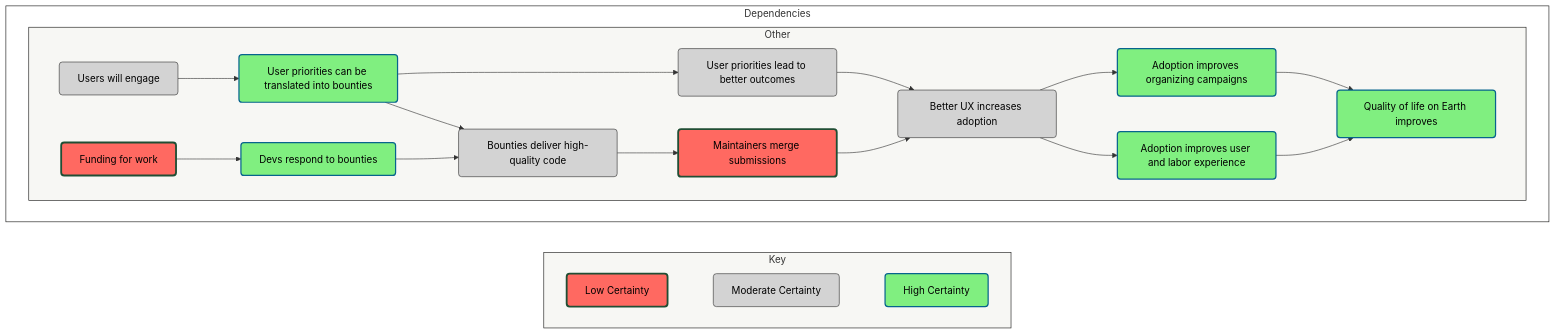
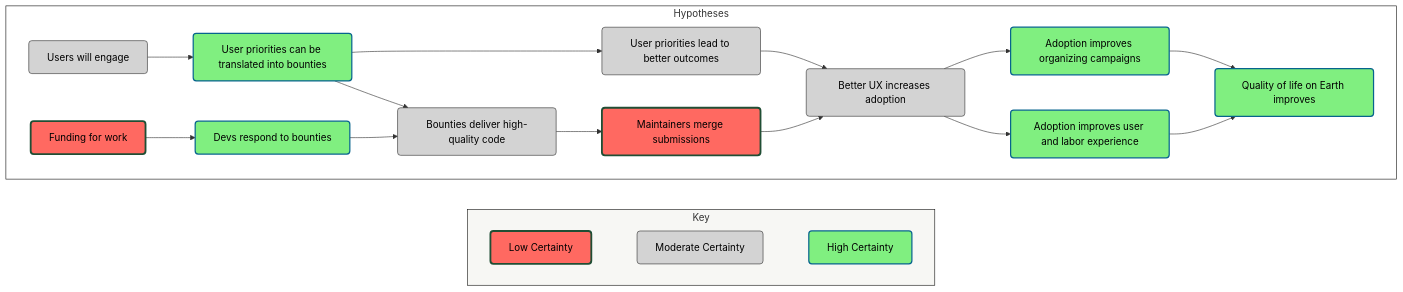
Before and after one commit to simpler-coop/simpler-template: the diagram in documentation/hypotheses_diagram.md, drawn with Mermaid.

Commit message:
diagram cleanup

````diff
--- a/documentation/hypotheses_diagram.md
+++ b/documentation/hypotheses_diagram.md
@@ -1,66 +1,61 @@
 ```mermaid
 
 flowchart LR
 
   %% ─────────────────────────────
   %% Styles
   %% ─────────────────────────────
   classDef default fill:#D3D3D3,stroke:#333,stroke-width:1px,color:#000,rx:5,ry:5
   classDef HighCertainty fill:#80EF80,stroke:#07648d,stroke-width:2px,color:#000
   classDef LowCertainty fill:#FF6961,stroke:#204e34,stroke-width:3px,color:#000
   style Canvas fill:transparent,stroke:#171716
   style Legend fill:#F7F7F4,stroke:#171716
-  style other fill:#F7F7F4,stroke:#171716
+  %% style other fill:#F7F7F4,stroke:#171716
 
   %% ─────────────────────────────
   %% Legend
   %% ─────────────────────────────
   subgraph Legend["Key"]
     direction LR
     k3["Low Certainty"]:::LowCertainty
     k1["Moderate Certainty"]
     k2["High Certainty"]:::HighCertainty
 
     %% Invisible links to force horizontal alignment
     k3 ~~~ k1 ~~~ k2
   end
 
   %% ─────────────────────────────
   %% Main canvas
   %% ─────────────────────────────
-  subgraph Canvas["Dependencies"]
-    direction LR
-
-    subgraph other["Other"]
+  subgraph Canvas["Hypotheses"]
     direction LR
         users["Users will engage"]
         userPriorities["User priorities lead to better outcomes"]
         translate["User priorities can be translated into bounties"]:::HighCertainty
         funding["Funding for work"]:::LowCertainty
         developers["Devs respond to bounties"]:::HighCertainty
         quality["Bounties deliver high-quality code"]
         merge["Maintainers merge submissions"]:::LowCertainty
         uxAdoption["Better UX increases adoption"]
         politics["Adoption improves organizing campaigns"]:::HighCertainty
         userJoy["Adoption improves user and labor experience"]:::HighCertainty
         material["Quality of life on Earth improves"]:::HighCertainty
-    end
-
 
     %% ─────────────────────────────
     %% Relationships
     %% ─────────────────────────────
     users --> translate
     translate --> quality
     translate --> userPriorities --> uxAdoption
     funding --> developers 
     developers --> quality 
     quality --> merge 
     merge --> uxAdoption 
     uxAdoption --> politics
     uxAdoption --> userJoy
     politics --> material
     userJoy --> material
   end
 
 ```
````
